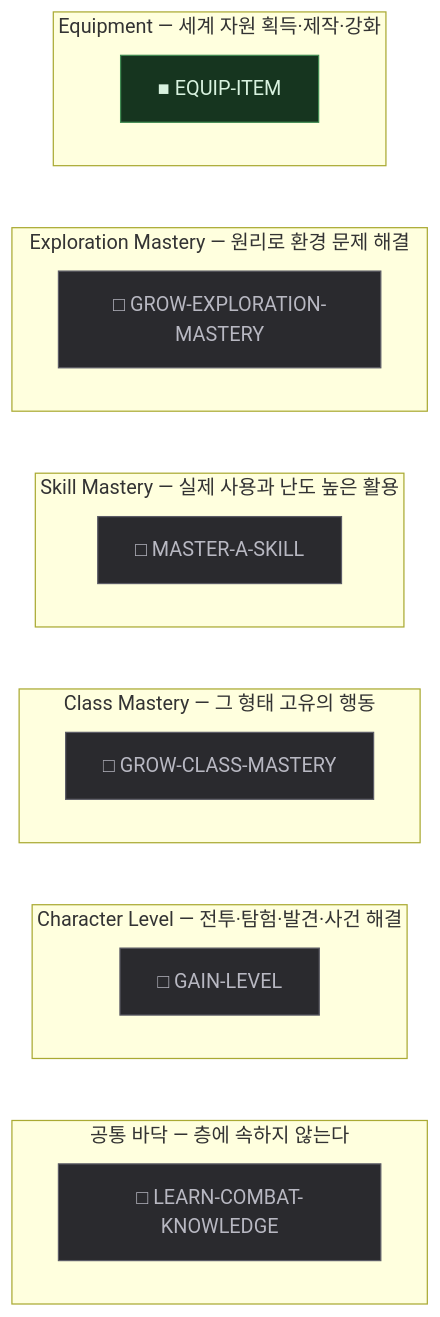
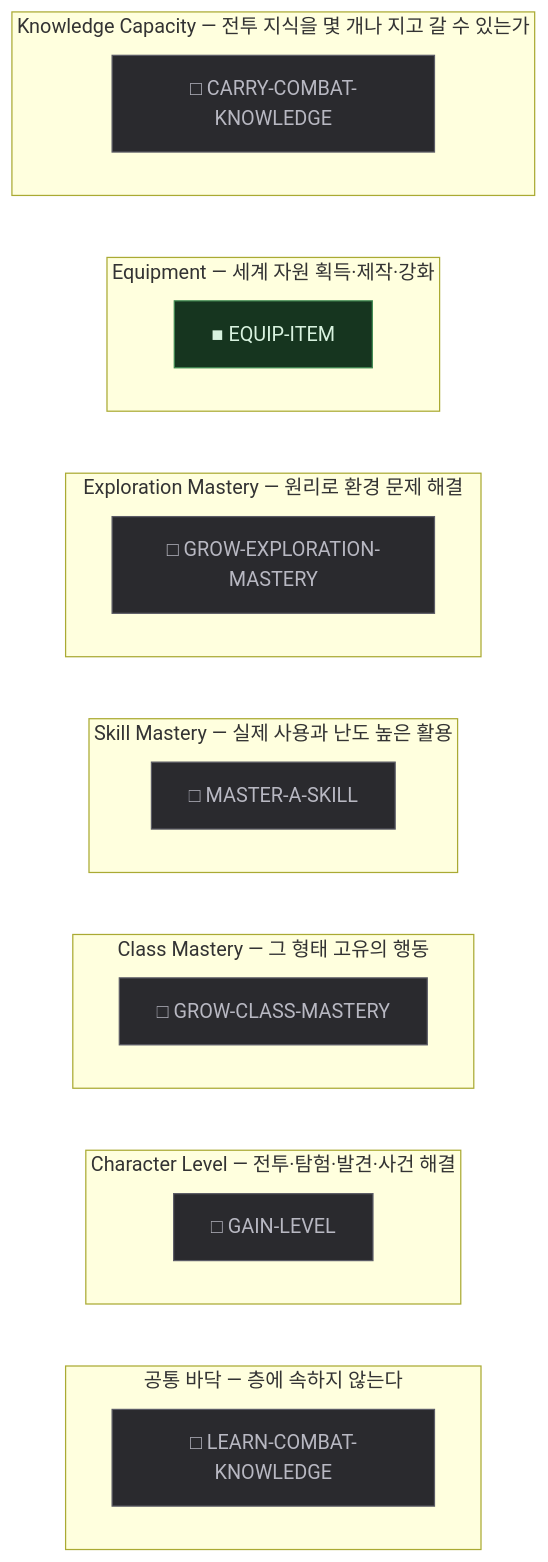
Diagram 15 of 17 in HktAdvProtoH/content/proto-adventure/master/graph/GRAPH.md (dkwkekzz/HktFramework), drawn with Mermaid before and after one commit. The commit also changed other lines of this file and 8 other files, not shown here.

````diff
--- a/HktAdvProtoH/content/proto-adventure/master/graph/GRAPH.md
+++ b/HktAdvProtoH/content/proto-adventure/master/graph/GRAPH.md
@@ -574,35 +574,39 @@
 ```mermaid
 flowchart TB
-  subgraph SEG0 ["Equipment — 세계 자원 획득·제작·강화"]
-    N0["■ EQUIP-ITEM"]
+  subgraph SEG0 ["Knowledge Capacity — 전투 지식을 몇 개나 지고 갈 수 있는가"]
+    N0["□ CARRY-COMBAT-KNOWLEDGE"]
   end
-  subgraph SEG1 ["Exploration Mastery — 원리로 환경 문제 해결"]
-    N1["□ GROW-EXPLORATION-MASTERY"]
+  subgraph SEG1 ["Equipment — 세계 자원 획득·제작·강화"]
+    N1["■ EQUIP-ITEM"]
   end
-  subgraph SEG2 ["Skill Mastery — 실제 사용과 난도 높은 활용"]
-    N2["□ MASTER-A-SKILL"]
+  subgraph SEG2 ["Exploration Mastery — 원리로 환경 문제 해결"]
+    N2["□ GROW-EXPLORATION-MASTERY"]
   end
-  subgraph SEG3 ["Class Mastery — 그 형태 고유의 행동"]
-    N3["□ GROW-CLASS-MASTERY"]
+  subgraph SEG3 ["Skill Mastery — 실제 사용과 난도 높은 활용"]
+    N3["□ MASTER-A-SKILL"]
   end
-  subgraph SEG4 ["Character Level — 전투·탐험·발견·사건 해결"]
-    N4["□ GAIN-LEVEL"]
+  subgraph SEG4 ["Class Mastery — 그 형태 고유의 행동"]
+    N4["□ GROW-CLASS-MASTERY"]
+  end
+  subgraph SEG5 ["Character Level — 전투·탐험·발견·사건 해결"]
+    N5["□ GAIN-LEVEL"]
   end
   subgraph SEGBASE ["공통 바닥 — 층에 속하지 않는다"]
-    N5["□ LEARN-COMBAT-KNOWLEDGE"]
+    N6["□ LEARN-COMBAT-KNOWLEDGE"]
   end
   SEG0 ~~~ SEG1
   SEG1 ~~~ SEG2
   SEG2 ~~~ SEG3
   SEG3 ~~~ SEG4
-  SEG4 ~~~ SEGBASE
+  SEG4 ~~~ SEG5
+  SEG5 ~~~ SEGBASE
 
   classDef impl fill:#16351f,stroke:#3f8a52,color:#d8f2df;
   classDef part fill:#3a3315,stroke:#9a8a2e,color:#f2ecd0;
   classDef miss fill:#2a2a2e,stroke:#5c5c66,color:#b8b8c2;
   classDef implS fill:#16351f,stroke:#3f8a52,color:#d8f2df,stroke-dasharray:5 4;
   classDef partS fill:#3a3315,stroke:#9a8a2e,color:#f2ecd0,stroke-dasharray:5 4;
   classDef missS fill:#2a2a2e,stroke:#5c5c66,color:#b8b8c2,stroke-dasharray:5 4;
-  class N0 impl;
-  class N1,N2,N3,N4,N5 miss;
+  class N1 impl;
+  class N0,N2,N3,N4,N5,N6 miss;
 ```
````
